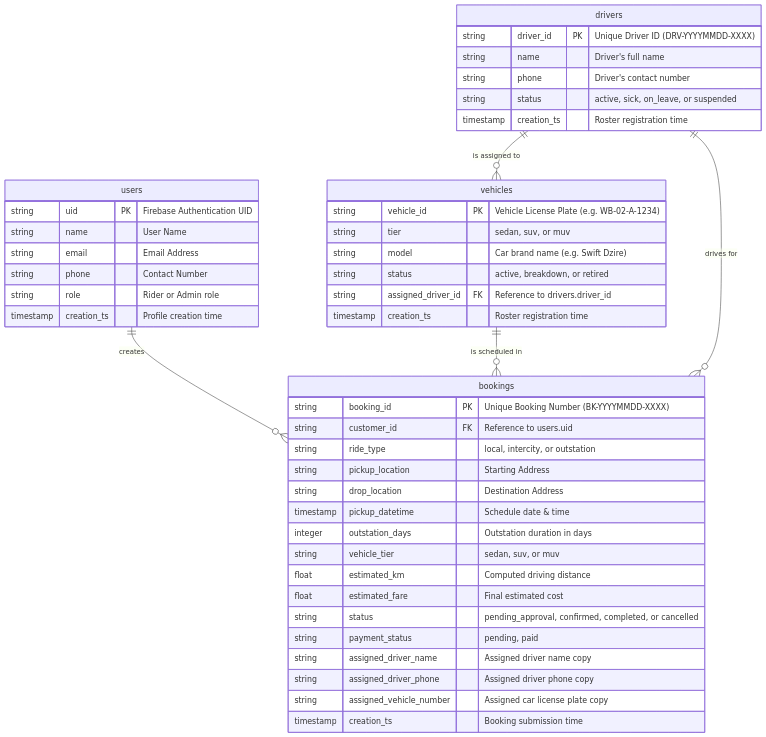
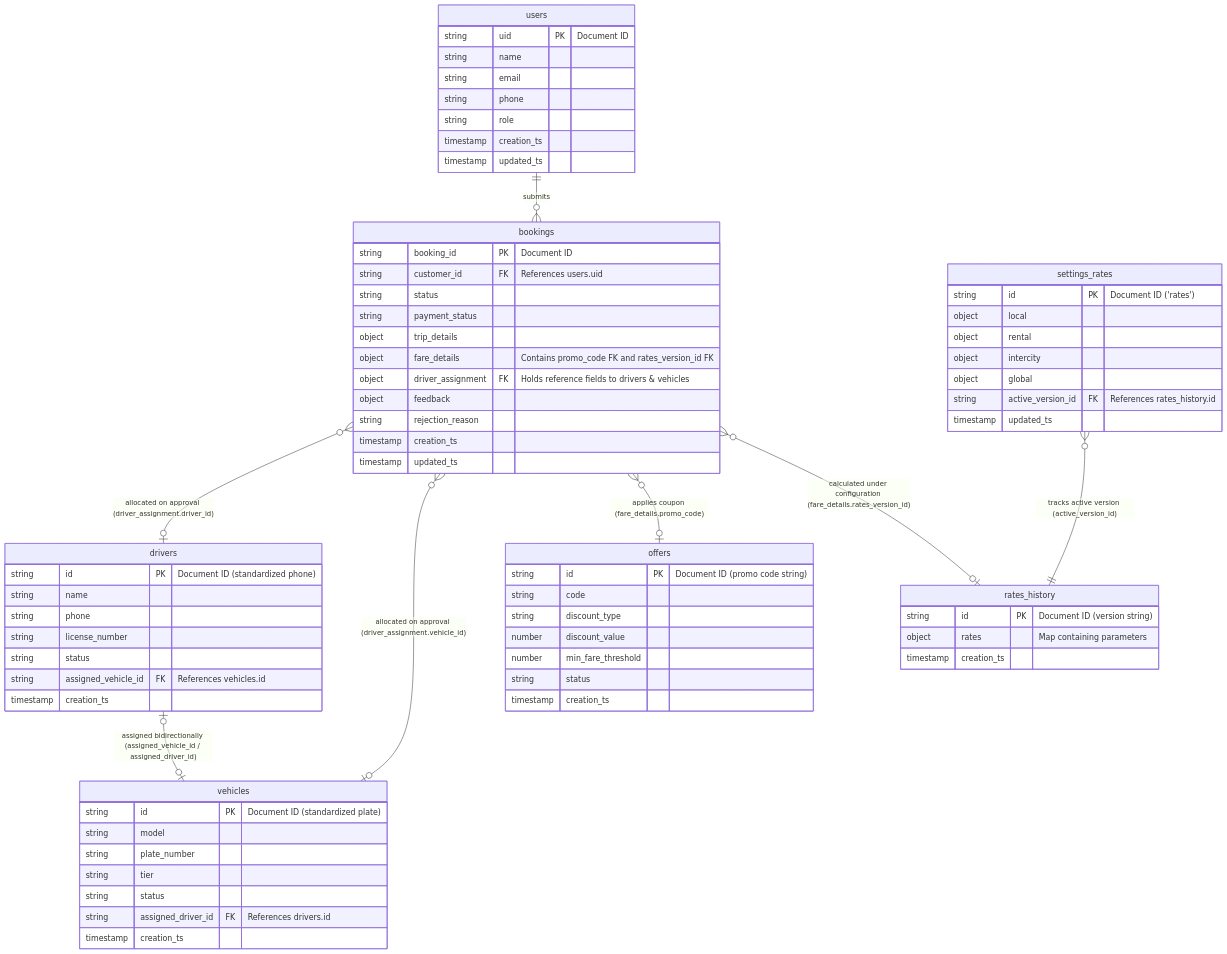
Before and after one commit to ishanm03/cab-website-cloud: the fifth of 5 diagrams in docs/application_design.md, drawn with Mermaid. The commit also changed other lines of this file, not shown here.

````diff
--- a/docs/application_design.md
+++ b/docs/application_design.md
@@ -187,52 +183,80 @@
 ```mermaid
 erDiagram
-    users ||--o{ bookings : "creates"
-    drivers ||--o{ vehicles : "is assigned to"
-    vehicles ||--o{ bookings : "is scheduled in"
-    drivers ||--o{ bookings : "drives for"
+    users ||--o{ bookings : "submits"
+    drivers |o--o| vehicles : "assigned bidirectionally (assigned_vehicle_id / assigned_driver_id)"
+    bookings }o--o| drivers : "allocated on approval (driver_assignment.driver_id)"
+    bookings }o--o| vehicles : "allocated on approval (driver_assignment.vehicle_id)"
+    bookings }o--o| offers : "applies coupon (fare_details.promo_code)"
+    bookings }o--o| rates_history : "calculated under configuration (fare_details.rates_version_id)"
+    settings_rates }o--|| rates_history : "tracks active version (active_version_id)"
 
     users {
-        string uid PK "Firebase Authentication UID"
-        string name "User Name"
-        string email "Email Address"
-        string phone "Contact Number"
-        string role "Rider or Admin role"
-        timestamp creation_ts "Profile creation time"
+        string uid PK "Document ID"
+        string name
+        string email
+        string phone
+        string role
+        timestamp creation_ts
+        timestamp updated_ts
     }
-
+    
     bookings {
-        string booking_id PK "Unique Booking Number (BK-YYYYMMDD-XXXX)"
-        string customer_id FK "Reference to users.uid"
-        string ride_type "local, intercity, or outstation"
-        string pickup_location "Starting Address"
-        string drop_location "Destination Address"
-        timestamp pickup_datetime "Schedule date & time"
-        integer outstation_days "Outstation duration in days"
-        string vehicle_tier "sedan, suv, or muv"
-        float estimated_km "Computed driving distance"
-        float estimated_fare "Final estimated cost"
-        string status "pending_approval, confirmed, completed, or cancelled"
-        string payment_status "pending, paid"
-        string assigned_driver_name "Assigned driver name copy"
-        string assigned_driver_phone "Assigned driver phone copy"
-        string assigned_vehicle_number "Assigned car license plate copy"
-        timestamp creation_ts "Booking submission time"
+        string booking_id PK "Document ID"
+        string customer_id FK "References users.uid"
+        string status
+        string payment_status
+        object trip_details
+        object fare_details "Contains promo_code FK and rates_version_id FK"
+        object driver_assignment FK "Holds reference fields to drivers & vehicles"
+        object feedback
+        string rejection_reason
+        timestamp creation_ts
+        timestamp updated_ts
     }
-
+    
     vehicles {
-        string vehicle_id PK "Vehicle License Plate (e.g. WB-02-A-1234)"
-        string tier "sedan, suv, or muv"
-        string model "Car brand name (e.g. Swift Dzire)"
-        string status "active, breakdown, or retired"
-        string assigned_driver_id FK "Reference to drivers.driver_id"
-        timestamp creation_ts "Roster registration time"
+        string id PK "Document ID (standardized plate)"
+        string model
+        string plate_number
+        string tier
+        string status
+        string assigned_driver_id FK "References drivers.id"
+        timestamp creation_ts
     }
-
+    
     drivers {
-        string driver_id PK "Unique Driver ID (DRV-YYYYMMDD-XXXX)"
-        string name "Driver's full name"
-        string phone "Driver's contact number"
-        string status "active, sick, on_leave, or suspended"
-        timestamp creation_ts "Roster registration time"
+        string id PK "Document ID (standardized phone)"
+        string name
+        string phone
+        string license_number
+        string status
+        string assigned_vehicle_id FK "References vehicles.id"
+        timestamp creation_ts
+    }
+    
+    offers {
+        string id PK "Document ID (promo code string)"
+        string code
+        string discount_type
+        number discount_value
+        number min_fare_threshold
+        string status
+        timestamp creation_ts
+    }
+    
+    settings_rates {
+        string id PK "Document ID ('rates')"
+        object local
+        object rental
+        object intercity
+        object global
+        string active_version_id FK "References rates_history.id"
+        timestamp updated_ts
+    }
+    
+    rates_history {
+        string id PK "Document ID (version string)"
+        object rates "Map containing parameters"
+        timestamp creation_ts
     }
 ```
````
